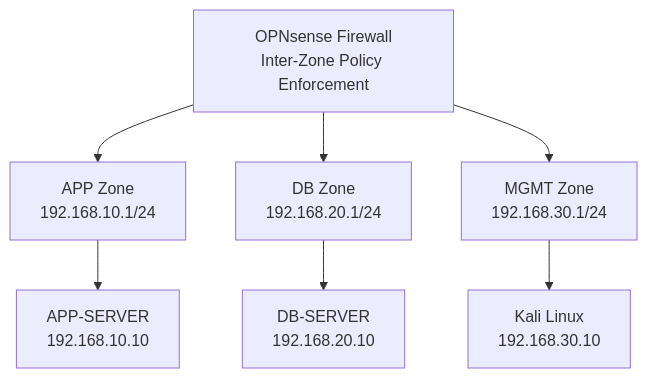
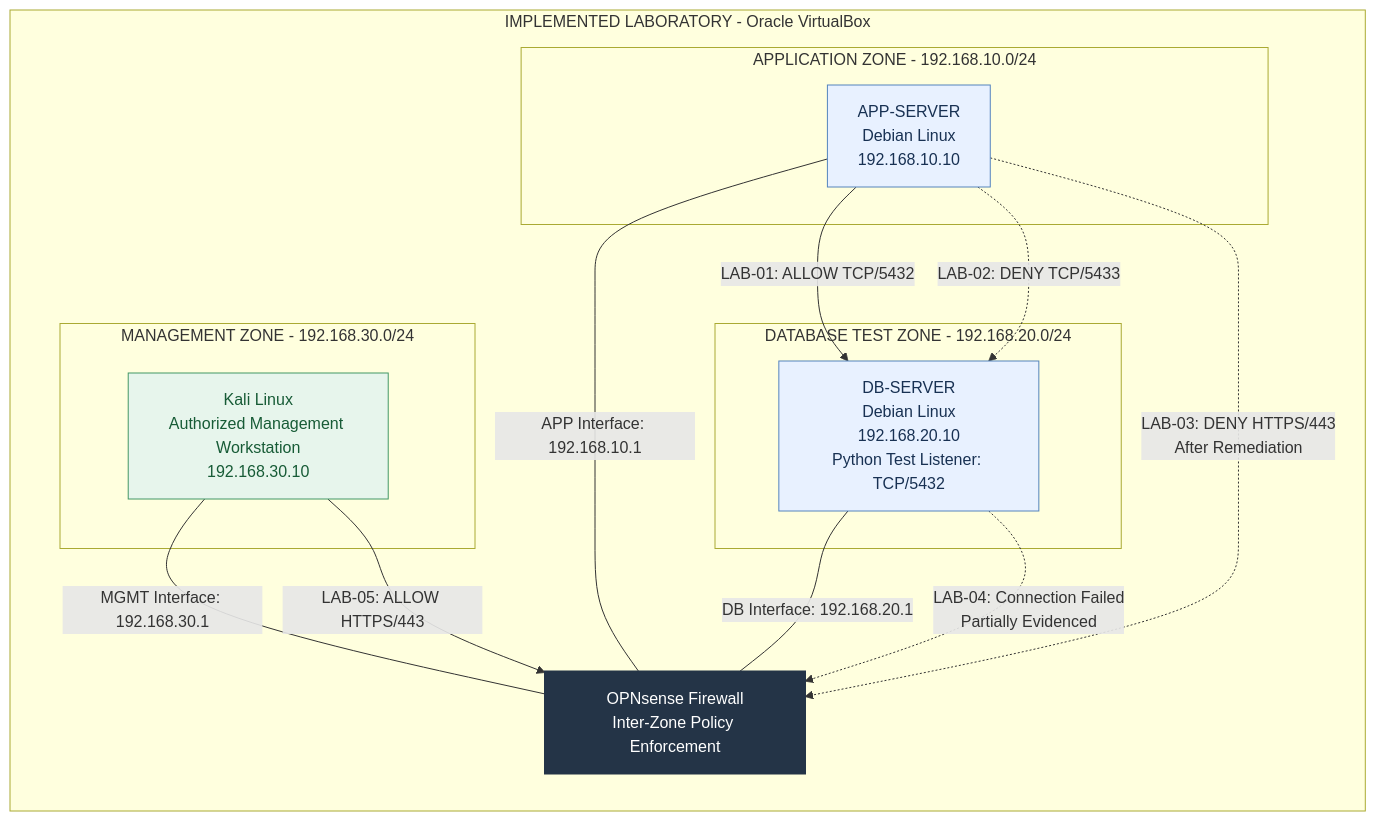
Before and after one commit to soallahim/security-architecture-portfolio: the diagram in enterprise-network-segmentation/README.md, drawn with Mermaid. The commit also changed other lines of this file, not shown here.

````diff
--- a/enterprise-network-segmentation/README.md
+++ b/enterprise-network-segmentation/README.md
@@ -35,12 +45,38 @@
 ```mermaid
 flowchart TB
-    FW["OPNsense Firewall<br/>Inter-Zone Policy Enforcement"]
+    subgraph LAB["IMPLEMENTED LABORATORY - Oracle VirtualBox"]
+        direction TB
 
-    FW --> APPGW["APP Zone<br/>192.168.10.1/24"]
-    FW --> DBGW["DB Zone<br/>192.168.20.1/24"]
-    FW --> MGMTGW["MGMT Zone<br/>192.168.30.1/24"]
+        FW["OPNsense Firewall<br/>Inter-Zone Policy Enforcement"]
 
-    APPGW --> APP["APP-SERVER<br/>192.168.10.10"]
-    DBGW --> DB["DB-SERVER<br/>192.168.20.10"]
-    MGMTGW --> KALI["Kali Linux<br/>192.168.30.10"]
+        subgraph APP_ZONE["APPLICATION ZONE - 192.168.10.0/24"]
+            APP["APP-SERVER<br/>Debian Linux<br/>192.168.10.10"]
+        end
+
+        subgraph DB_ZONE["DATABASE TEST ZONE - 192.168.20.0/24"]
+            DB["DB-SERVER<br/>Debian Linux<br/>192.168.20.10<br/>Python Test Listener: TCP/5432"]
+        end
+
+        subgraph MGMT_ZONE["MANAGEMENT ZONE - 192.168.30.0/24"]
+            KALI["Kali Linux<br/>Authorized Management Workstation<br/>192.168.30.10"]
+        end
+
+        APP ---|"APP Interface: 192.168.10.1"| FW
+        DB ---|"DB Interface: 192.168.20.1"| FW
+        KALI ---|"MGMT Interface: 192.168.30.1"| FW
+    end
+
+    APP -->|"LAB-01: ALLOW TCP/5432"| DB
+    APP -.->|"LAB-02: DENY TCP/5433"| DB
+    APP -.->|"LAB-03: DENY HTTPS/443<br/>After Remediation"| FW
+    DB -.->|"LAB-04: Connection Failed<br/>Partially Evidenced"| FW
+    KALI -->|"LAB-05: ALLOW HTTPS/443"| FW
+
+    classDef firewall fill:#243447,color:#ffffff,stroke:#243447,stroke-width:2px
+    classDef server fill:#e8f1ff,color:#183153,stroke:#5484bd
+    classDef management fill:#e7f5ec,color:#175b36,stroke:#439766
+
+    class FW firewall
+    class APP,DB server
+    class KALI management
 ```
````
